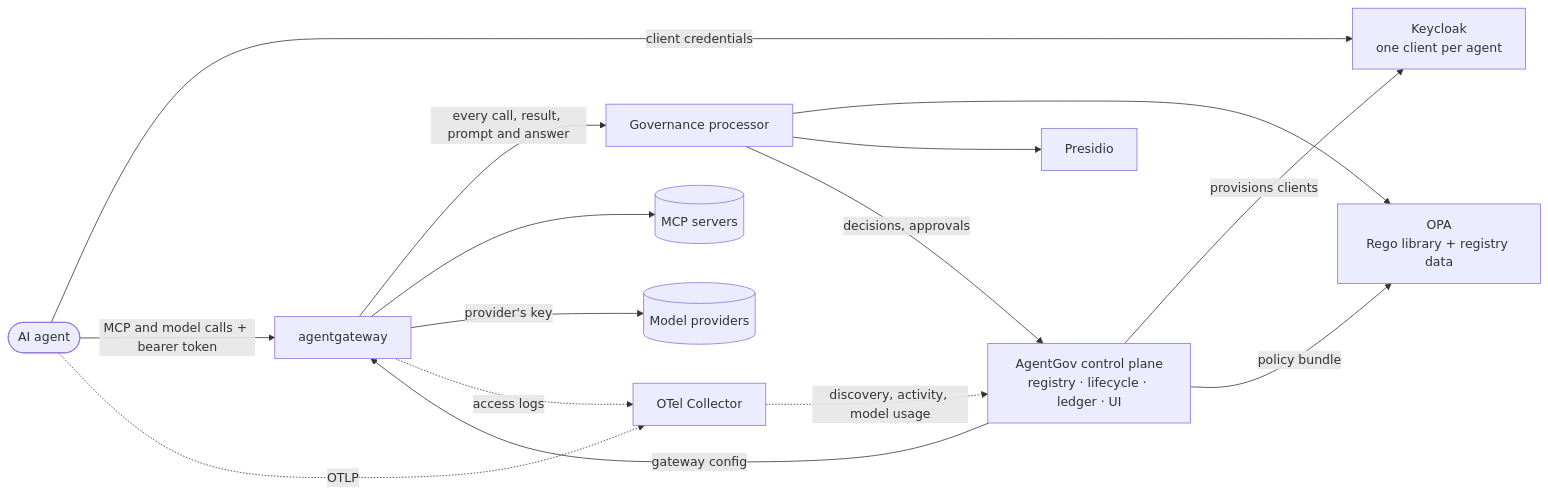
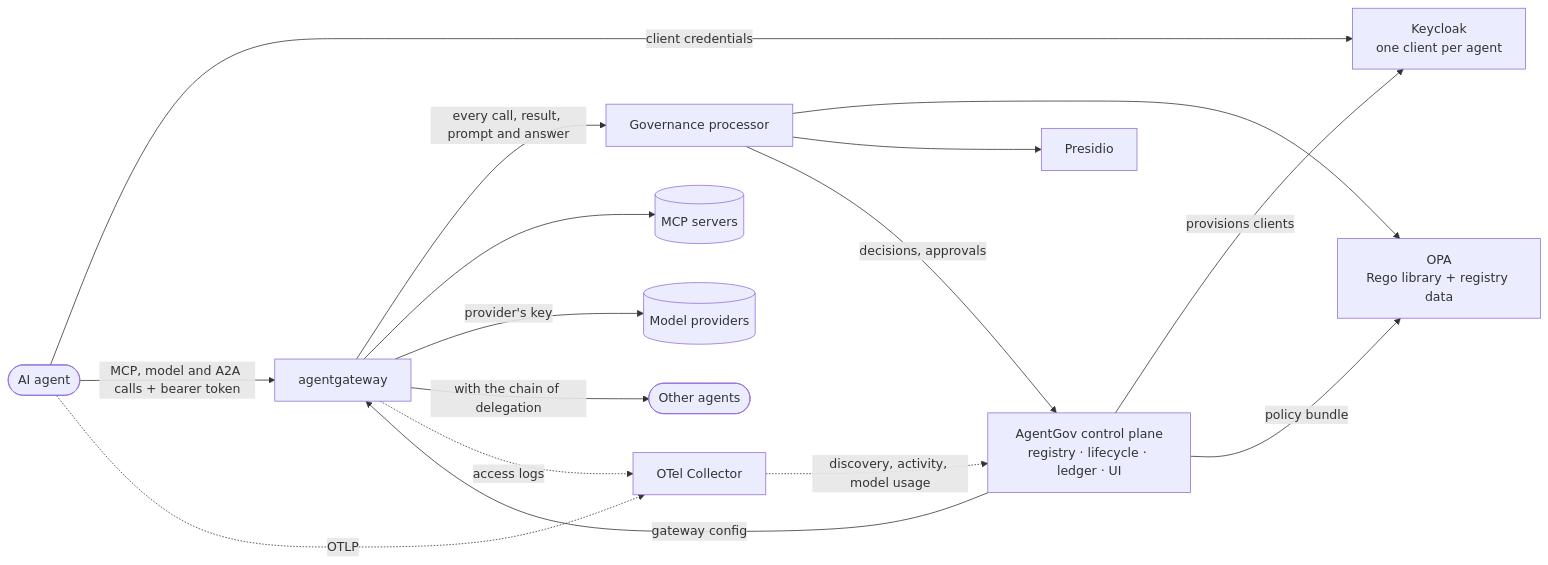
Before and after one commit to sreent/agentgov: the diagram in README.md, drawn with Mermaid. The commit also changed other lines of this file and 43 other files, not shown here.

````diff
--- a/README.md
+++ b/README.md
@@ -77,17 +77,18 @@
 ```mermaid
 flowchart LR
     agent([AI agent]) -- client credentials --> kc[Keycloak<br/>one client per agent]
-    agent -- MCP and model calls + bearer token --> gw[agentgateway]
+    agent -- MCP, model and A2A calls + bearer token --> gw[agentgateway]
     gw -- every call, result, prompt and answer --> proc[Governance processor]
     proc --> opa[OPA<br/>Rego library + registry data]
     proc --> presidio[Presidio]
     gw --> mcp[(MCP servers)]
     gw -- provider's key --> llm[(Model providers)]
+    gw -- with the chain of delegation --> other([Other agents])
     cp[AgentGov control plane<br/>registry · lifecycle · ledger · UI]
     cp -- provisions clients --> kc
     cp -- policy bundle --> opa
     cp -- gateway config --> gw
     proc -- decisions, approvals --> cp
     agent -. OTLP .-> otel[OTel Collector] -. discovery, activity, model usage .-> cp
     gw -. access logs .-> otel
 ```
````
